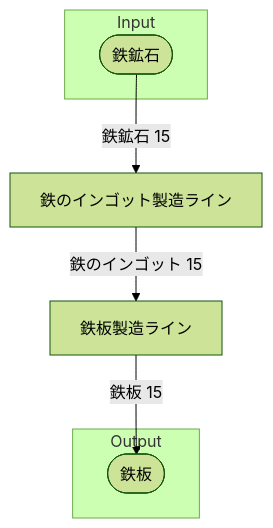
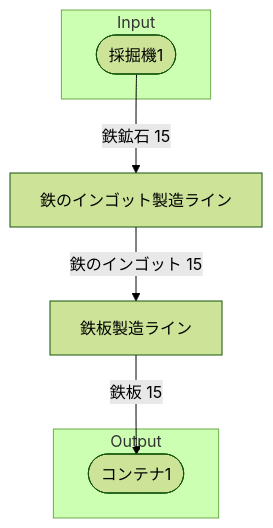
The diagram in 40_FactoryBuilding/初期一時鉄のロッド工場/30‗全体製造ライン設計書/全体製造ライン設計書.md (Suzuran-Amano/SatisfactoryTaskEfficiency), drawn with Mermaid (forest theme) before and after one commit. The commit also changed other lines of this file and 5 other files, not shown here.

````diff
--- a/40_FactoryBuilding/初期一時鉄のロッド工場/30‗全体製造ライン設計書/全体製造ライン設計書.md
+++ b/40_FactoryBuilding/初期一時鉄のロッド工場/30‗全体製造ライン設計書/全体製造ライン設計書.md
@@ -24,21 +24,21 @@
 ```mermaid
 flowchart TD
 
 subgraph Input
-    鉄鉱石([鉄鉱石])
+    採掘機1([採掘機1])
 end
 
 鉄のインゴット製造ライン[鉄のインゴット製造ライン]
 鉄板製造ライン[鉄板製造ライン]
 
 subgraph Output
-    鉄板([鉄板])
+    コンテナ1([コンテナ1])
 end
 
 
-鉄鉱石-->|鉄鉱石 15|鉄のインゴット製造ライン
+採掘機1-->|鉄鉱石 15|鉄のインゴット製造ライン
 鉄のインゴット製造ライン-->|鉄のインゴット 15|鉄板製造ライン
-鉄板製造ライン-->|鉄板 15|鉄板
+鉄板製造ライン-->|鉄板 15|コンテナ1
 
 
 ```
````
